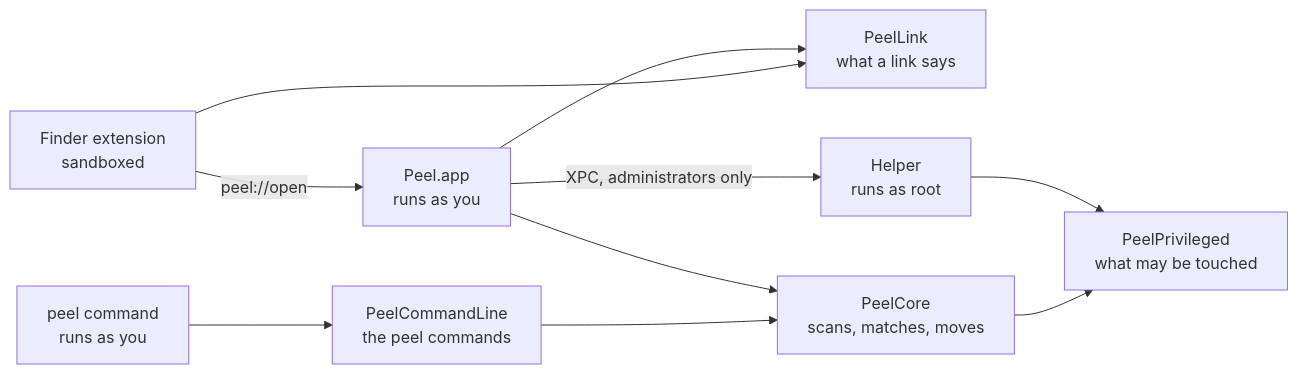
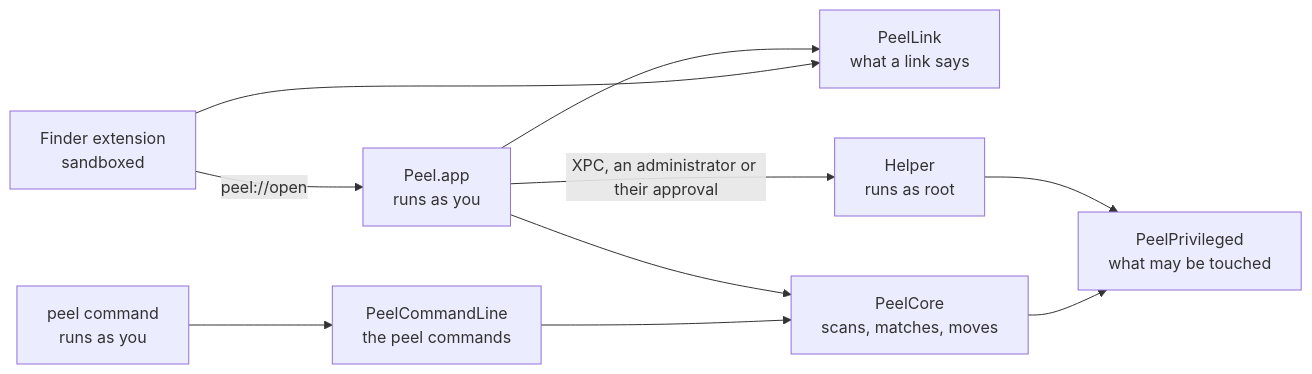
Before and after one commit to TuguiDragos/Peel: the diagram in ARCHITECTURE.md, drawn with Mermaid. The commit also changed other lines of this file and 36 other files, not shown here.

First line of the commit message:
Let an account that isn't an administrator use the helper with an administrator's approval

````diff
--- a/ARCHITECTURE.md
+++ b/ARCHITECTURE.md
@@ -19,12 +19,12 @@
 ```mermaid
 flowchart LR
     Finder["Finder extension<br>sandboxed"] -- "peel://open" --> App["Peel.app<br>runs as you"]
     Finder --> Link["PeelLink<br>what a link says"]
     App --> Link
     CLI["peel command<br>runs as you"] --> Commands["PeelCommandLine<br>the peel commands"]
     Commands --> Core["PeelCore<br>scans, matches, moves"]
     App --> Core
-    App -- "XPC, administrators only" --> Helper["Helper<br>runs as root"]
+    App -- "XPC, an administrator or their approval" --> Helper["Helper<br>runs as root"]
     Core --> Privileged["PeelPrivileged<br>what may be touched"]
     Helper --> Privileged
 ```
````
